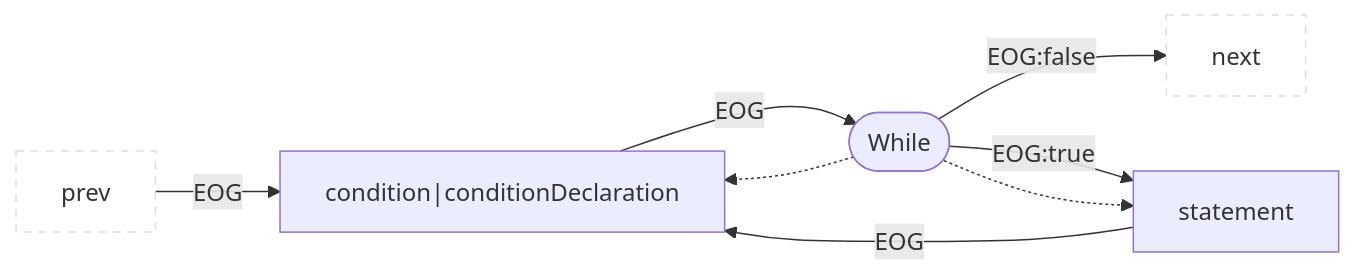
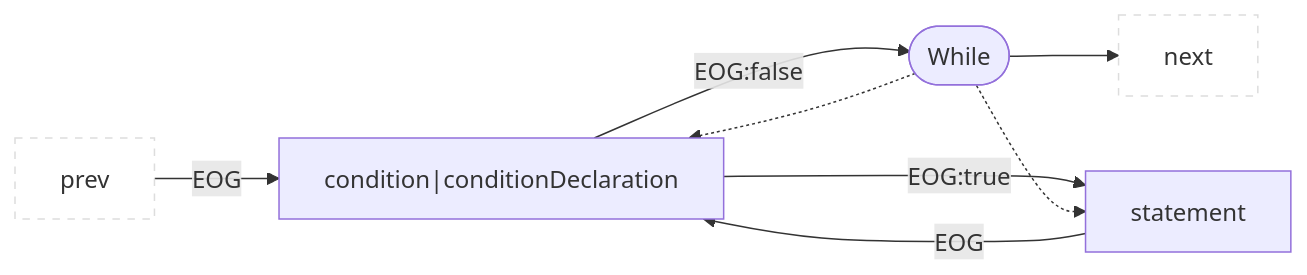
Diagram 35 of 49 in docs/docs/CPG/specs/eog.md (Fraunhofer-AISEC/cpg), drawn with Mermaid before and after one commit. The commit also changed other lines of this file, not shown here.

Commit message:
Adapt specification for EOG

````diff
--- a/docs/docs/CPG/specs/eog.md
+++ b/docs/docs/CPG/specs/eog.md
@@ -688,11 +688,11 @@
 ```mermaid
 flowchart LR
   classDef outer fill:#fff,stroke:#ddd,stroke-dasharray:5 5;
   prev:::outer --EOG--> child1["condition|conditionDeclaration"]
-  child1 --EOG--> parent
-  parent --EOG:false--> next:::outer
-  parent(["While"]) --EOG:true--> child3["statement"]
+  child1 --EOG:false--> parent(["While"])
+  child1 --EOG:true--> child3["statement"]
   child3 --EOG--> child1
+  parent --> next:::outer
   parent -.-> child1
   parent -.-> child3
 ```
````
